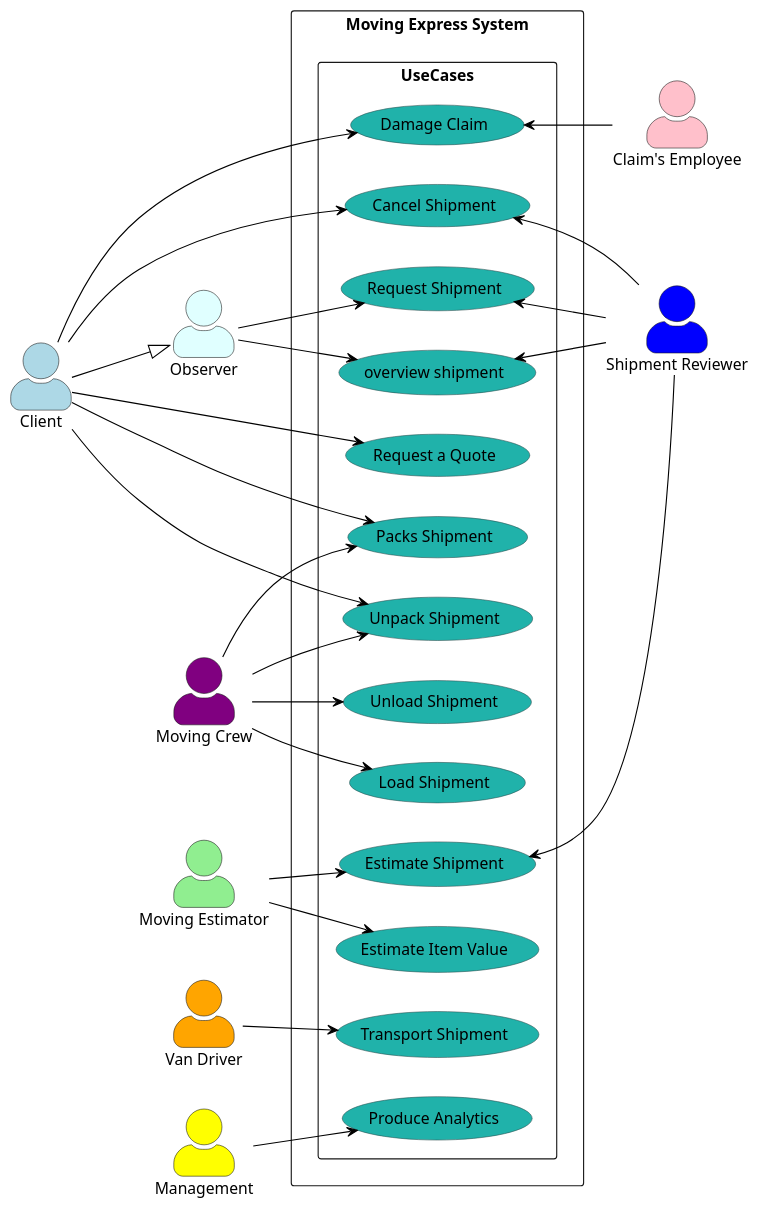
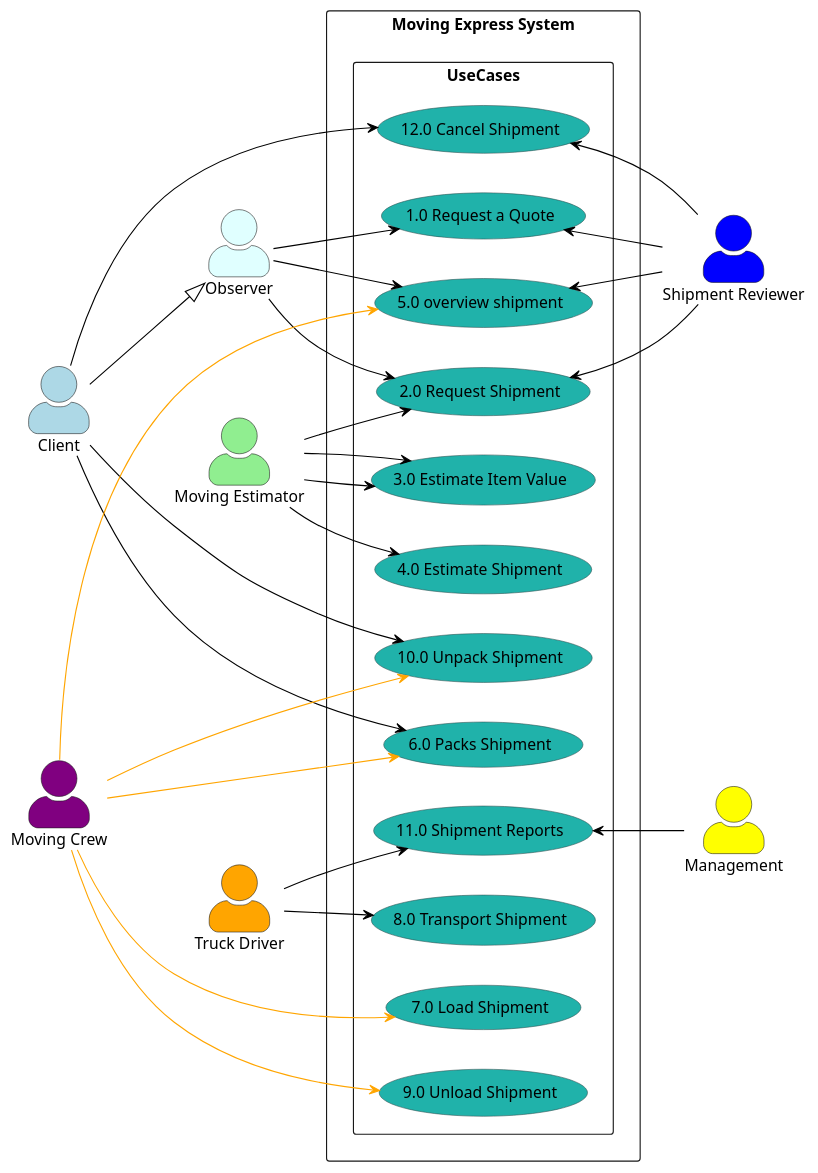
One commit to nic5694/MovingExpress changed the diagram in Diagrams/UseCaseDiagrams/HighShipmentMS.puml. Above: the diagram before and after it, drawn with PlantUML. The commit also changed other lines of this file, not shown here.

Commit message:
update useCase

```diff
--- a/Diagrams/UseCaseDiagrams/HighShipmentMS.puml
+++ b/Diagrams/UseCaseDiagrams/HighShipmentMS.puml
@@ -1,70 +1,70 @@
 @startuml
 
 left to right direction
 skinparam actorStyle awesome
 skinparam usecase {
     BackgroundColor DarkSeaGreen
     BorderColor DarkSlateGray
     ArrowColor Black
     ActorBorderColor black
     ActorFontName Courier
     ActorBackgroundColor<< Human >> Gold
 }
 
 actor Client as "Client" #LightBlue
 actor "Moving Estimator" as MovingEstimator #LightGreen
-actor "Van Driver" as VanDriver #Orange
+actor "Truck Driver" as VanDriver #Orange
 actor "Moving Crew" as MovingCrew #Purple
 actor Management as "Management" #Yellow
-actor "Claim's Employee" as ClaimsEmployee #Pink
 actor "Shipment Reviewer" as ShipmentReviewer #Blue
-actor  "Observer" as Observer #LightCyan
+actor "Observer" as Observer #LightCyan
 
 rectangle "Moving Express System" {
     rectangle UseCases {
-      usecase "Request a Quote" as UC1 #LightSeaGreen
-      usecase "Request Shipment" as UC2 #LightSeaGreen
-      usecase "Cancel Shipment" as UC3 #LightSeaGreen
-      usecase "Damage Claim" as UC4 #LightSeaGreen
-      usecase "Estimate Shipment" as UC5 #LightSeaGreen
-      usecase "Estimate Item Value" as UC6 #LightSeaGreen
-      usecase "overview shipment" as UC7 #LightSeaGreen
-      usecase "Transport Shipment" as UC8 #LightSeaGreen
-      usecase "Packs Shipment" as UC9 #LightSeaGreen
-      usecase "Load Shipment" as UC10 #LightSeaGreen
-      usecase "Unload Shipment" as UC11 #LightSeaGreen
-      usecase "Unpack Shipment" as UC12 #LightSeaGreen
-      usecase "Produce Analytics" as UC13 #LightSeaGreen
+      usecase "1.0 Request a Quote" as UC1 #LightSeaGreen
+      usecase "2.0 Request Shipment" as UC2 #LightSeaGreen
+      usecase "3.0 Estimate Item Value" as UC3 #LightSeaGreen
+      usecase "4.0 Estimate Shipment" as UC4 #LightSeaGreen
+      usecase "5.0 overview shipment" as UC5 #LightSeaGreen
+      usecase "8.0 Transport Shipment" as UC8 #LightSeaGreen
+      usecase "6.0 Packs Shipment" as UC6 #LightSeaGreen
+      usecase "7.0 Load Shipment" as UC7 #LightSeaGreen
+      usecase "9.0 Unload Shipment" as UC9 #LightSeaGreen
+      usecase "10.0 Unpack Shipment" as UC10 #LightSeaGreen
+      usecase "11.0 Shipment Reports" as UC11 #LightSeaGreen
+      usecase "12.0 Cancel Shipment" as UC12 #LightSeaGreen
     }
 }
 
 Client --|> Observer
 
-Client --> UC1
-Client --> UC3
-Client --> UC4
-Client --> UC9
-Client --> UC12
+Client ---> UC12
+Client ---> UC6
+Client ---> UC10
 
+Observer --> UC1
 Observer --> UC2
-Observer --> UC7
+Observer --> UC5
 
-MovingEstimator --> UC5
-MovingEstimator --> UC6
+MovingEstimator --> UC2
+MovingEstimator --> UC4
+MovingEstimator --> UC3
+MovingEstimator --> UC3
 
 VanDriver --> UC8
 
-MovingCrew --> UC9
-MovingCrew --> UC10
-MovingCrew --> UC11
-MovingCrew --> UC12
+MovingCrew -[#Orange]--> UC6
+MovingCrew -[#Orange]--> UC5
+MovingCrew -[#Orange]--> UC7
+MovingCrew -[#Orange]--> UC9
+MovingCrew -[#Orange]--> UC10
 
-Management --> UC13
+UC11 <-- Management
+VanDriver --> UC11
 
-UC4 <-- ClaimsEmployee
 UC2 <-- ShipmentReviewer
-UC3 <-- ShipmentReviewer
+UC1 <-- ShipmentReviewer
+UC12 <-- ShipmentReviewer
 UC5 <-- ShipmentReviewer
-UC7 <-- ShipmentReviewer
 
 @enduml
```
